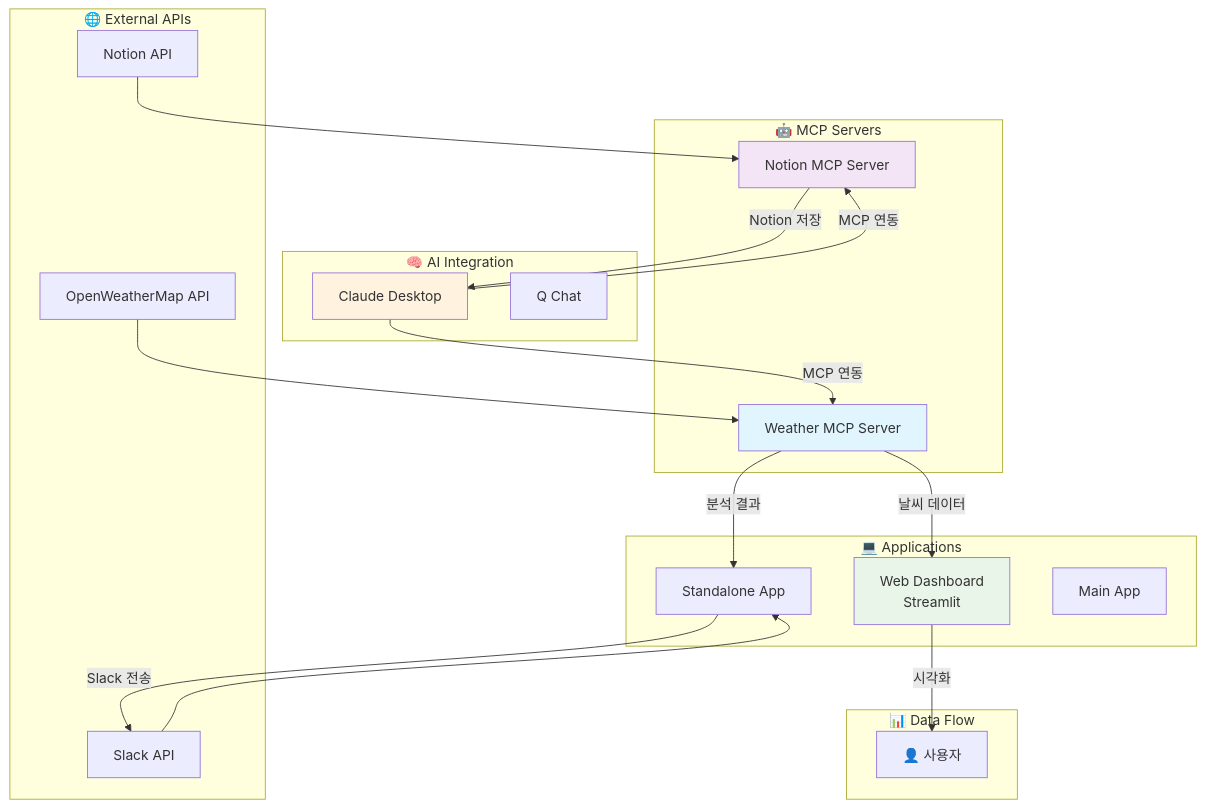
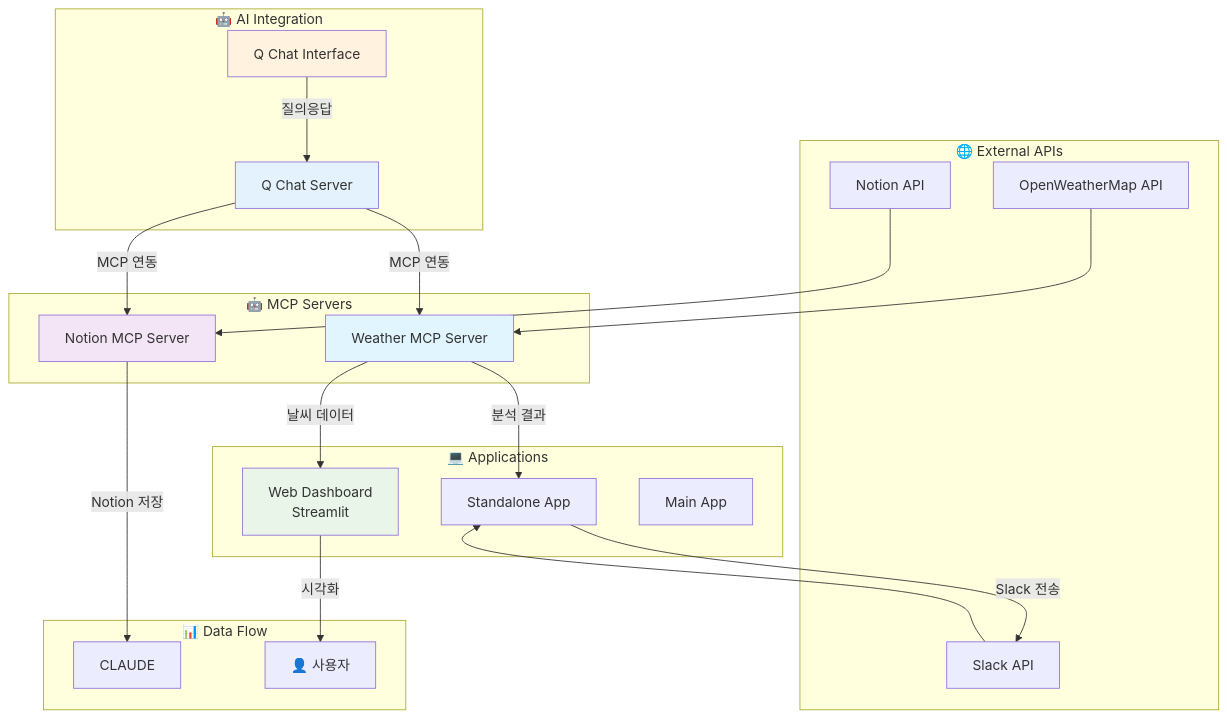
Before and after one commit to idle0403/social-media-repo: the first of 3 diagrams in README.md, drawn with Mermaid. The commit also changed other lines of this file and 4 other files, not shown here.

````diff
--- a/README.md
+++ b/README.md
@@ -7,43 +7,45 @@
 ```mermaid
 graph TB
     subgraph "🌐 External APIs"
         OW[OpenWeatherMap API]
         SLACK[Slack API]
         NOTION[Notion API]
     end
     
     subgraph "🤖 MCP Servers"
         WS[Weather MCP Server]
         NS[Notion MCP Server]
     end
     
     subgraph "💻 Applications"
         WD[Web Dashboard<br/>Streamlit]
         SA[Standalone App]
         MA[Main App]
     end
     
-    subgraph "🧠 AI Integration"
-        CLAUDE[Claude Desktop]
-        QCHAT[Q Chat]
+    subgraph "🤖 AI Integration"
+        QCHAT[Q Chat Interface]
+        QS[Q Chat Server]
     end
     
     subgraph "📊 Data Flow"
         WS --> |날씨 데이터| WD
         WS --> |분석 결과| SA
         NS --> |Notion 저장| CLAUDE
         WD --> |시각화| USER[👤 사용자]
         SA --> |Slack 전송| SLACK
-        CLAUDE --> |MCP 연동| WS
-        CLAUDE --> |MCP 연동| NS
+        QCHAT --> |질의응답| QS
+        QS --> |MCP 연동| WS
+        QS --> |MCP 연동| NS
     end
     
     OW --> WS
     SLACK --> SA
     NOTION --> NS
     
     style WS fill:#e1f5fe
     style NS fill:#f3e5f5
     style WD fill:#e8f5e8
-    style CLAUDE fill:#fff3e0
+    style QCHAT fill:#fff3e0
+    style QS fill:#e3f2fd
 ```
````
